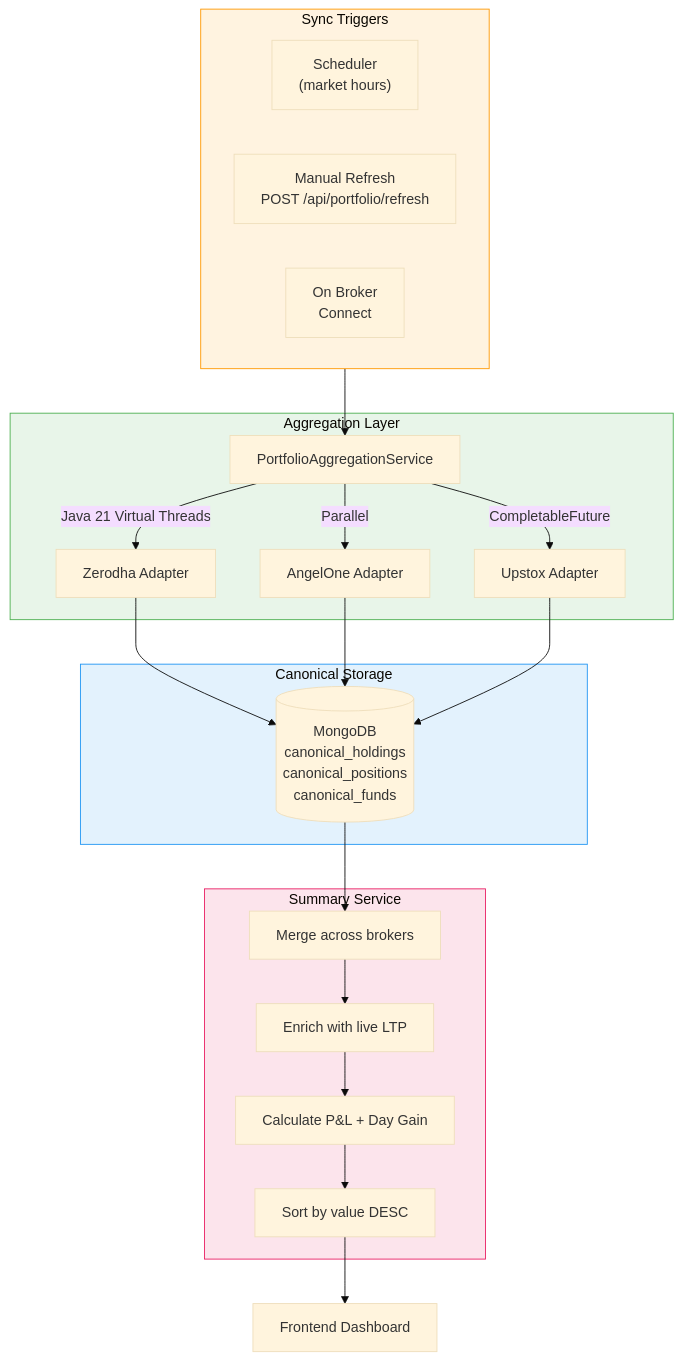
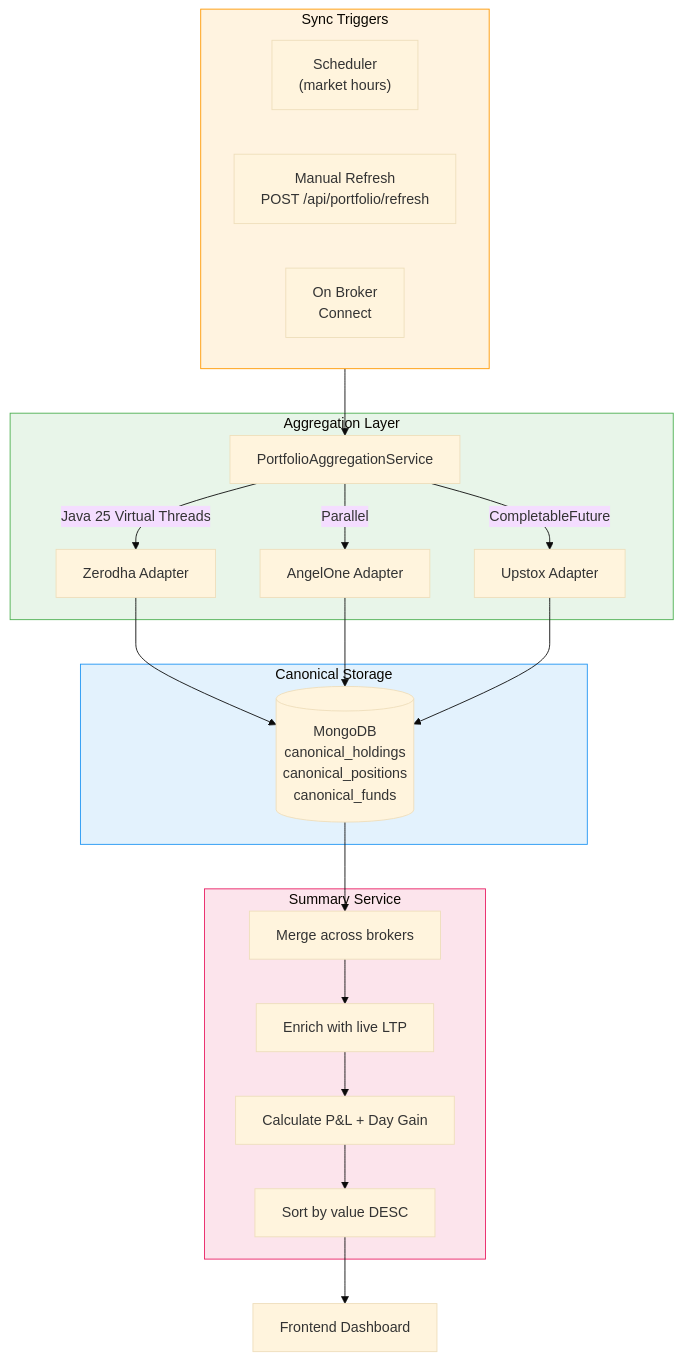
The seventh of 10 diagrams in backend/README.md (urvagandhi/coinTrack), drawn with Mermaid (base theme) before and after one commit. The commit also changed other lines of this file and 10 other files, not shown here.

````diff
--- a/backend/README.md
+++ b/backend/README.md
@@ -522,37 +522,37 @@
 ```mermaid
 graph TD
     subgraph Trigger["Sync Triggers"]
         SCHED["Scheduler<br/>(market hours)"]
         MANUAL["Manual Refresh<br/>POST /api/portfolio/refresh"]
         CONNECT["On Broker<br/>Connect"]
     end
 
     subgraph Aggregation["Aggregation Layer"]
         AGG["PortfolioAggregationService"]
-        AGG -->|"Java 21 Virtual Threads"| Z["Zerodha Adapter"]
+        AGG -->|"Java 25 Virtual Threads"| Z["Zerodha Adapter"]
         AGG -->|"Parallel"| A["AngelOne Adapter"]
         AGG -->|"CompletableFuture"| U["Upstox Adapter"]
     end
 
     subgraph Canonical["Canonical Storage"]
         DB[("MongoDB<br/>canonical_holdings<br/>canonical_positions<br/>canonical_funds")]
     end
 
     subgraph Summary["Summary Service"]
         MERGE["Merge across brokers"]
         LTP["Enrich with live LTP"]
         PNL["Calculate P&L + Day Gain"]
         SORT["Sort by value DESC"]
         MERGE --> LTP --> PNL --> SORT
     end
 
     Trigger --> AGG
     Z & A & U --> DB
     DB --> MERGE
     SORT --> DASH["Frontend Dashboard"]
 
     style Trigger fill:#fff3e0,stroke:#FF9800
     style Aggregation fill:#e8f5e9,stroke:#4CAF50
     style Canonical fill:#e3f2fd,stroke:#2196F3
     style Summary fill:#fce4ec,stroke:#E91E63
 ```
````
